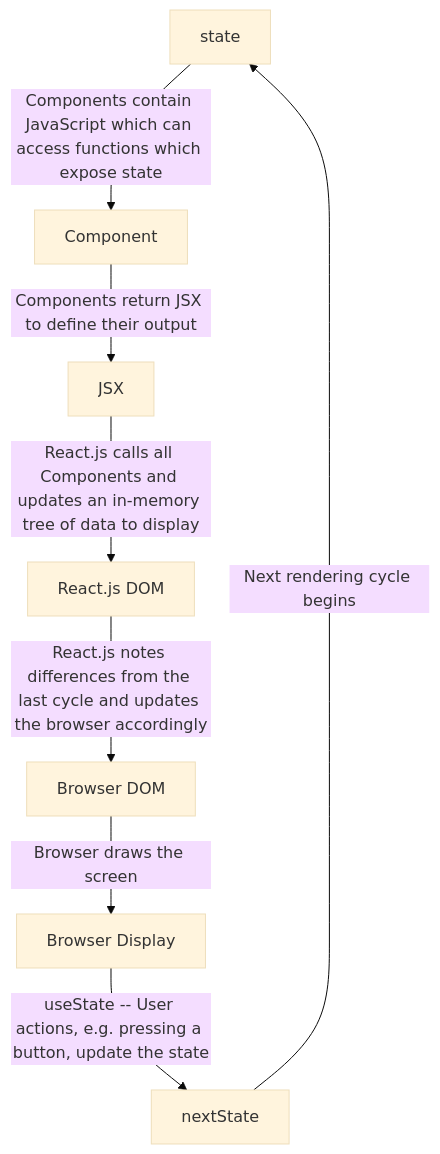
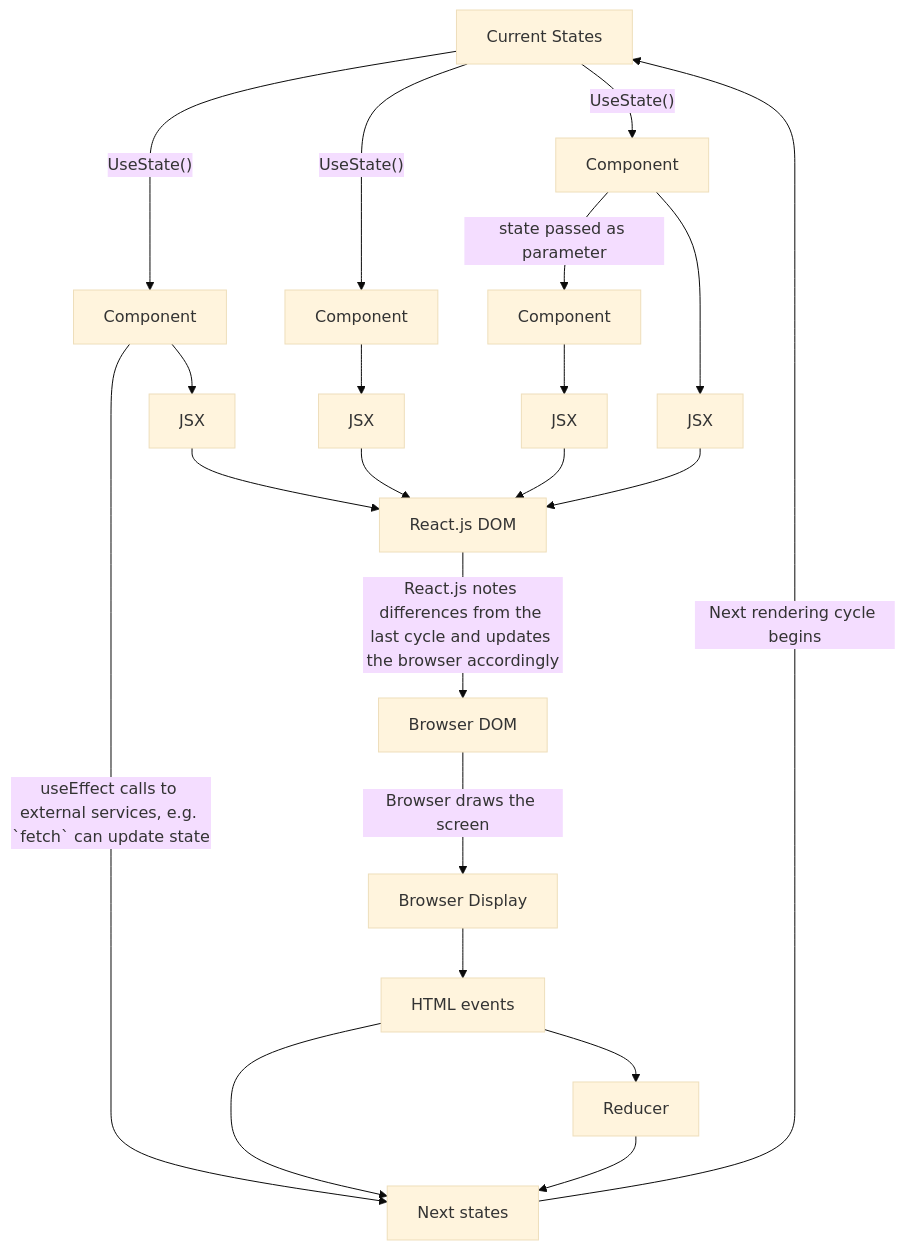
One commit to Billy-Spearman-WCCI/RaceCarExtension changed the second of 5 diagrams in README.md. Above: the diagram before and after it, drawn with Mermaid (base theme). The commit also changed other lines of this file, not shown here.

Commit message:
Better React diagram

````diff
--- a/README.md
+++ b/README.md
@@ -560,10 +560,23 @@
     ```mermaid
     graph TB;
-    state-->|Components contain JavaScript which can access functions which expose state|Component
-    Component-->|Components return JSX to define their output|JSX
-    JSX-->|React.js calls all Components and updates an in-memory tree of data to display|ReactDOM[React.js DOM]
+    state-->|"UseState()"|Component
+    state-->|"UseState()"|Component2[Component]
+    state-->|"UseState()"|Component4[Component]
+    Component2-->JSX2[JSX]
+    JSX2-->ReactDOM
+    Component3[Component]-->JSX3[JSX]
+    JSX3-->ReactDOM
+    Component4-->|state passed as parameter|Component3
+    Component4-->JSX4[JSX]
+    JSX4-->ReactDOM
+    Component-->|"useEffect" calls to external services, e.g. `fetch` can update state|nextState
+    Component-->JSX
+    JSX-->ReactDOM[React.js DOM]
     ReactDOM-->|React.js notes differences from the last cycle and updates the browser accordingly|BrowserDOM[Browser DOM]
     BrowserDOM-->|Browser draws the screen|Display[Browser Display]
-    Display-->|"useState" -- User actions, e.g. pressing a button, update the state|nextState
-    nextState-->|Next rendering cycle begins|state
+    Display-->BrowserEvents[HTML events]
+    BrowserEvents-->nextState
+    BrowserEvents-->Reducer
+    nextState[Next states]-->|Next rendering cycle begins|state[Current States]
+    Reducer-->nextState
     ``` 
````
